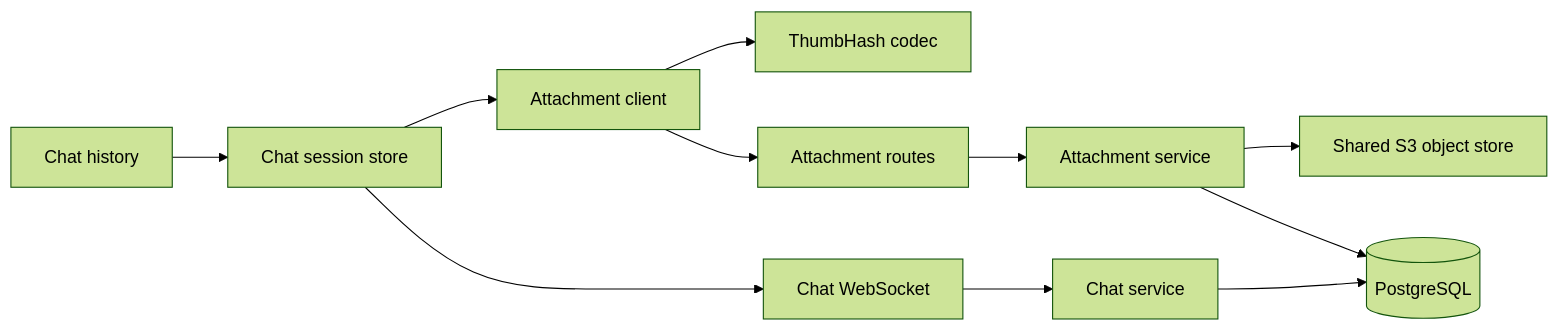
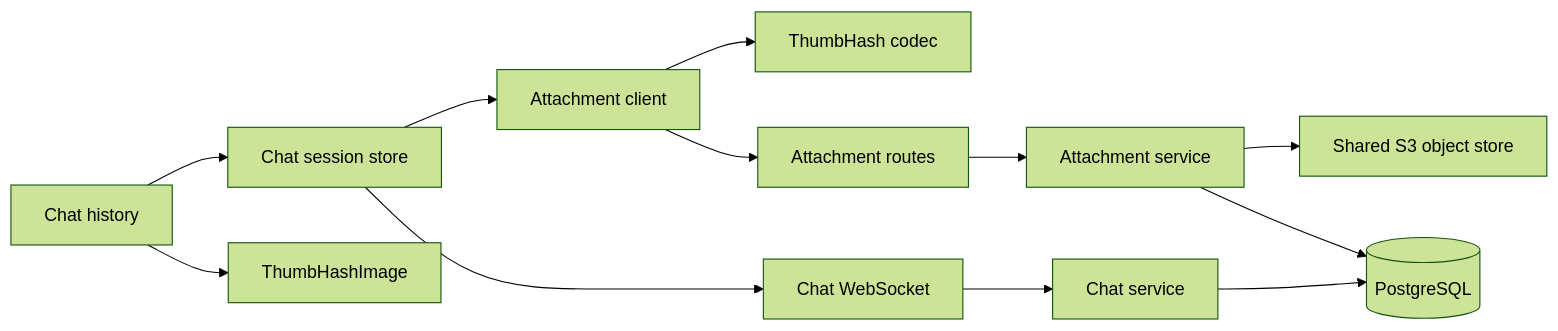
One commit to moeru-ai/airi changed the first of 2 diagrams in server/docs/ai/adr/2026-11-11-chat-image-attachments.md. Above: the diagram before and after it, drawn with Mermaid (forest theme). The commit also changed other lines of this file and 5 other files, not shown here.

First line of the commit message:
refactor(ui): simplify ThumbHash image loading

````diff
--- a/server/docs/ai/adr/2026-11-11-chat-image-attachments.md
+++ b/server/docs/ai/adr/2026-11-11-chat-image-attachments.md
@@ -25,13 +25,14 @@
 ```mermaid
 flowchart LR
   Store[Chat session store] --> Client[Attachment client]
   History[Chat history] --> Store
+  History --> Image[ThumbHashImage]
   Client --> Thumbnail[ThumbHash codec]
   Client --> Routes[Attachment routes]
   Routes --> Attachments[Attachment service]
   Attachments --> S3[Shared S3 object store]
   Attachments --> DB[(PostgreSQL)]
   Store --> Sync[Chat WebSocket]
   Sync --> Chats[Chat service]
   Chats --> DB
 ```
````
